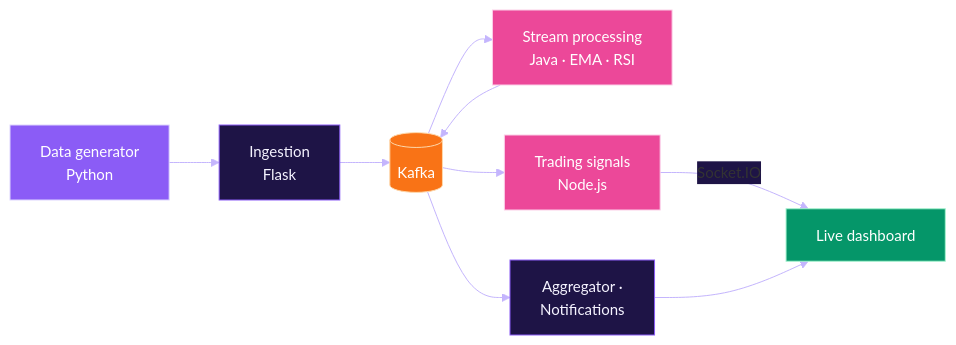
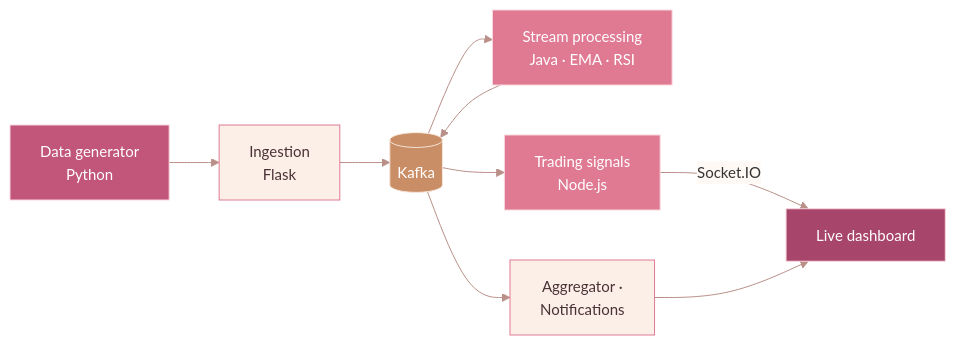
Before and after one commit to itzzshut/itzzshut: the fifth of 5 diagrams in README.md, drawn with Mermaid. The commit also changed other lines of this file and 7 other files, not shown here.

````diff
--- a/README.md
+++ b/README.md
@@ -237,19 +222,19 @@
 ```mermaid
-%%{init: {"theme":"base","themeVariables":{"lineColor":"#C4B5FD","edgeLabelBackground":"#1E1446","fontSize":"15px"}}}%%
+%%{init: {"theme":"base","themeVariables":{"lineColor":"#B98F88","edgeLabelBackground":"#FFF9F5","fontSize":"15px"}}}%%
 flowchart LR
     D["Data generator<br>Python"] --> I["Ingestion<br>Flask"]
     I --> K[("Kafka")]
     K --> S["Stream processing<br>Java · EMA · RSI"]
     S --> K
     K --> T["Trading signals<br>Node.js"]
     T -->|Socket.IO| V
     K --> A["Aggregator ·<br>Notifications"]
     A --> V["Live dashboard"]
-    style D fill:#8B5CF6,stroke:#DDD6FE,color:#FFFFFF
-    style I fill:#1E1446,stroke:#8B5CF6,color:#F5F3FF
-    style K fill:#F97316,stroke:#FED7AA,color:#FFFFFF
-    style S fill:#EC4899,stroke:#FBCFE8,color:#FFFFFF
-    style T fill:#EC4899,stroke:#FBCFE8,color:#FFFFFF
-    style A fill:#1E1446,stroke:#8B5CF6,color:#F5F3FF
-    style V fill:#059669,stroke:#A7F3D0,color:#FFFFFF
+    style D fill:#C2557A,stroke:#F8D7DD,color:#FFFFFF
+    style I fill:#FBEFE7,stroke:#E07A93,color:#4A3237
+    style K fill:#C98E66,stroke:#F4E4D8,color:#FFFFFF
+    style S fill:#E07A93,stroke:#F8D7DD,color:#FFFFFF
+    style T fill:#E07A93,stroke:#F8D7DD,color:#FFFFFF
+    style A fill:#FBEFE7,stroke:#E07A93,color:#4A3237
+    style V fill:#A8456A,stroke:#F8D7DD,color:#FFFFFF
 ```
````
